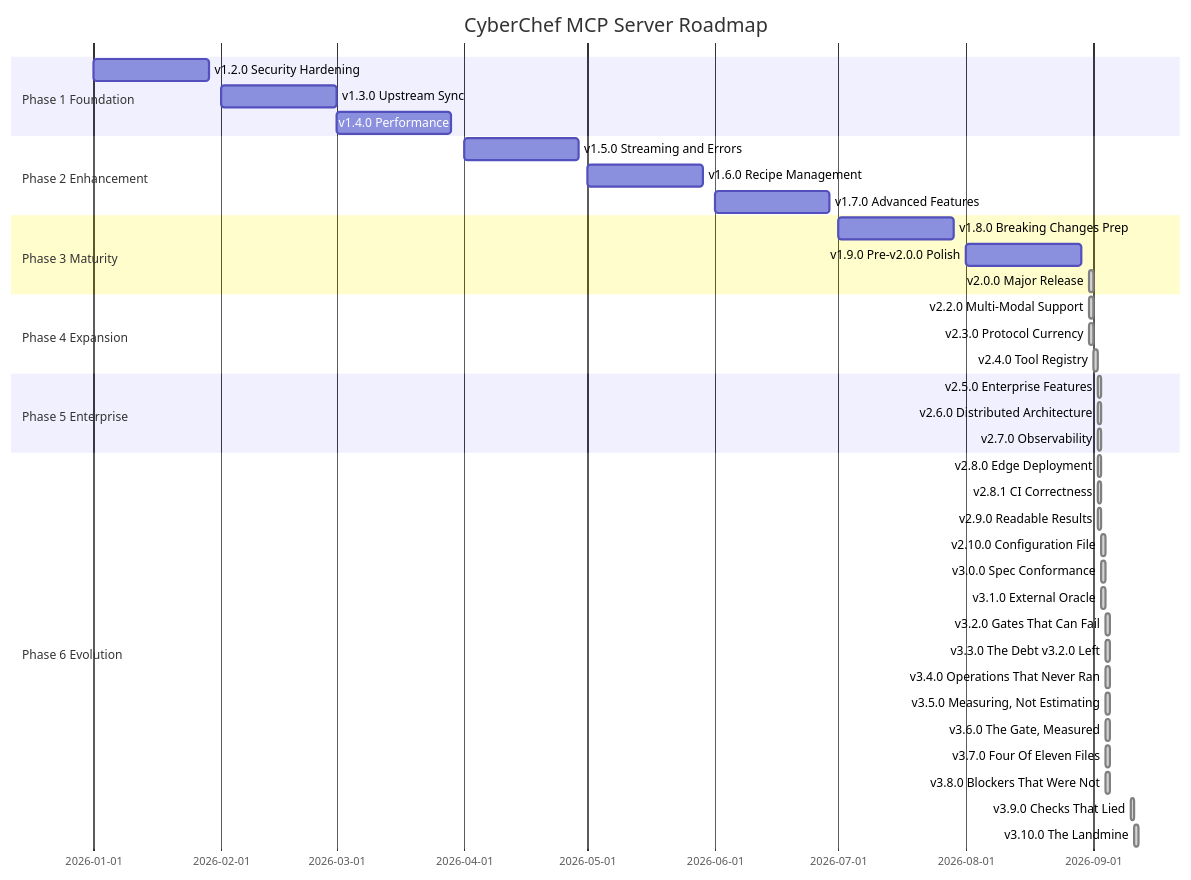
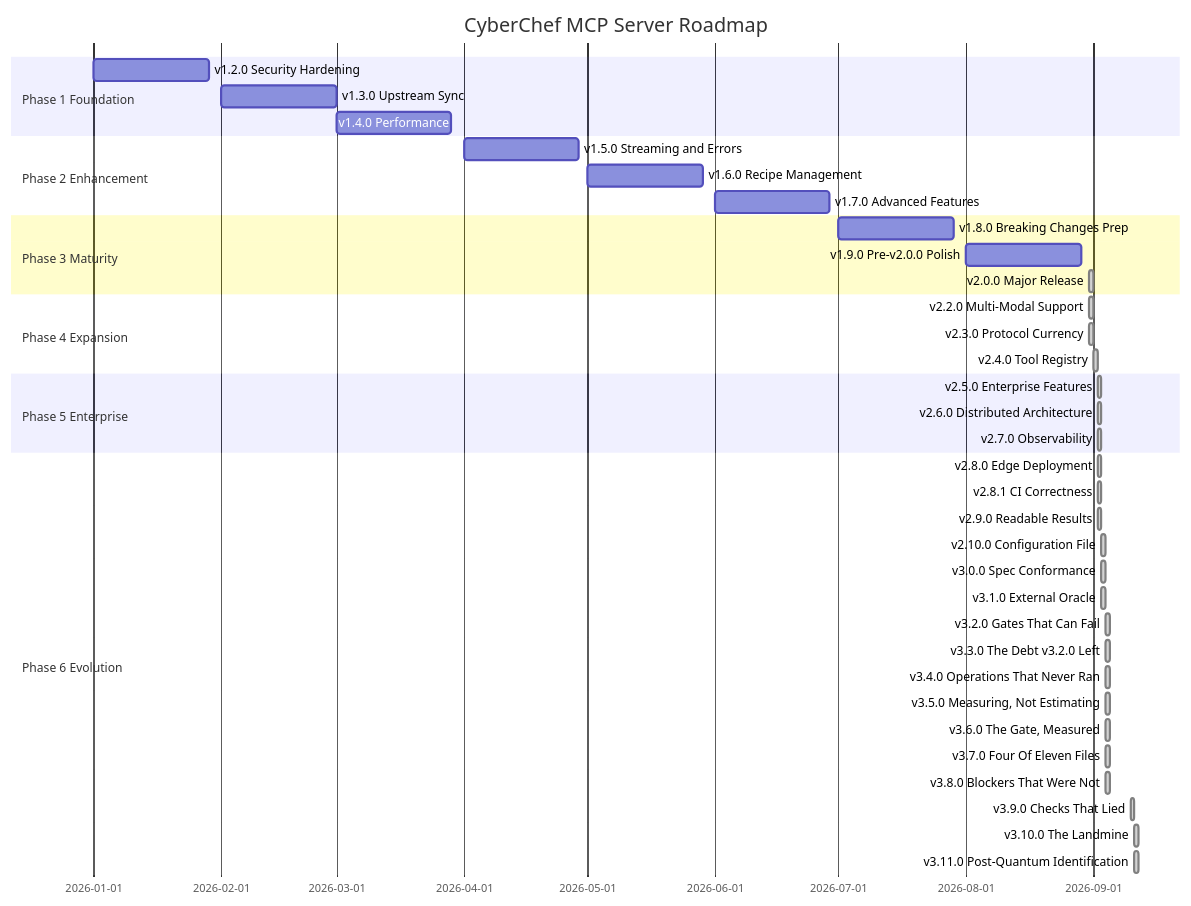
The diagram in docs/planning/ROADMAP.md (doublegate/CyberChef-MCP), drawn with Mermaid before and after one commit. The commit also changed other lines of this file and 10 other files, not shown here.

````diff
--- a/docs/planning/ROADMAP.md
+++ b/docs/planning/ROADMAP.md
@@ -67,41 +67,42 @@
 ```mermaid
 gantt
     title CyberChef MCP Server Roadmap
     dateFormat YYYY-MM-DD
     section Phase 1 Foundation
     v1.2.0 Security Hardening           :2026-01-01, 4w
     v1.3.0 Upstream Sync                :2026-02-01, 4w
     v1.4.0 Performance                  :2026-03-01, 4w
     section Phase 2 Enhancement
     v1.5.0 Streaming and Errors         :2026-04-01, 4w
     v1.6.0 Recipe Management            :2026-05-01, 4w
     v1.7.0 Advanced Features            :2026-06-01, 4w
     section Phase 3 Maturity
     v1.8.0 Breaking Changes Prep        :2026-07-01, 4w
     v1.9.0 Pre-v2.0.0 Polish            :2026-08-01, 4w
     v2.0.0 Major Release                :done, 2026-08-31, 1d
     section Phase 4 Expansion
     v2.2.0 Multi-Modal Support          :done, 2026-08-31, 1d
     v2.3.0 Protocol Currency            :done, 2026-08-31, 1d
     v2.4.0 Tool Registry                :done, 2026-09-01, 1d
     section Phase 5 Enterprise
     v2.5.0 Enterprise Features          :done, 2026-09-02, 1d
     v2.6.0 Distributed Architecture     :done, 2026-09-02, 1d
     v2.7.0 Observability                :done, 2026-09-02, 1d
     section Phase 6 Evolution
     v2.8.0 Edge Deployment              :done, 2026-09-02, 1d
     v2.8.1 CI Correctness               :done, 2026-09-02, 1d
     v2.9.0 Readable Results             :done, 2026-09-02, 1d
     v2.10.0 Configuration File          :done, 2026-09-03, 1d
     v3.0.0 Spec Conformance             :done, 2026-09-03, 1d
     v3.1.0 External Oracle              :done, 2026-09-03, 1d
     v3.2.0 Gates That Can Fail          :done, 2026-09-04, 1d
     v3.3.0 The Debt v3.2.0 Left         :done, 2026-09-04, 1d
     v3.4.0 Operations That Never Ran    :done, 2026-09-04, 1d
     v3.5.0 Measuring, Not Estimating    :done, 2026-09-04, 1d
     v3.6.0 The Gate, Measured          :done, 2026-09-04, 1d
     v3.7.0 Four Of Eleven Files        :done, 2026-09-04, 1d
     v3.8.0 Blockers That Were Not      :done, 2026-09-04, 1d
     v3.9.0 Checks That Lied            :done, 2026-09-10, 1d
     v3.10.0 The Landmine               :done, 2026-09-11, 1d
+    v3.11.0 Post-Quantum Identification :done, 2026-09-11, 1d
 ```
````
